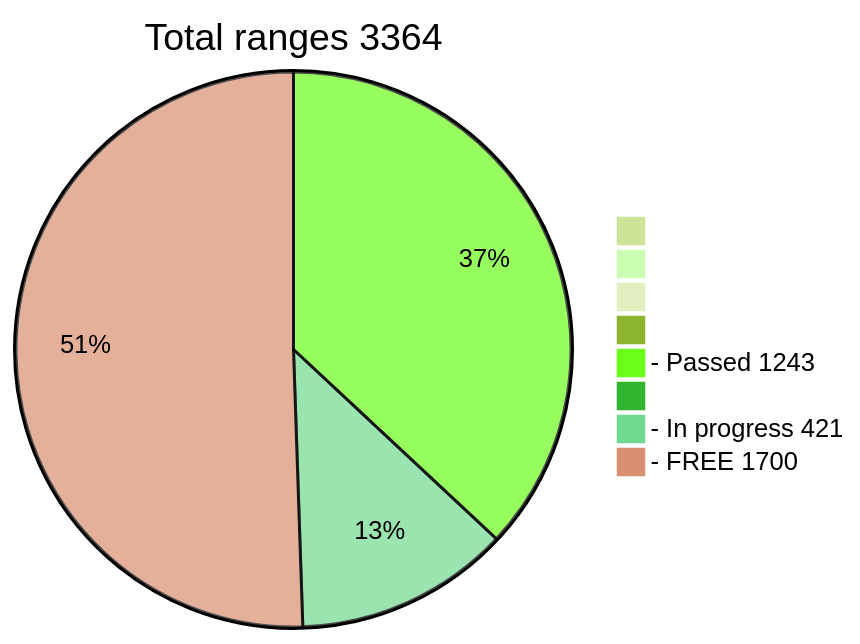
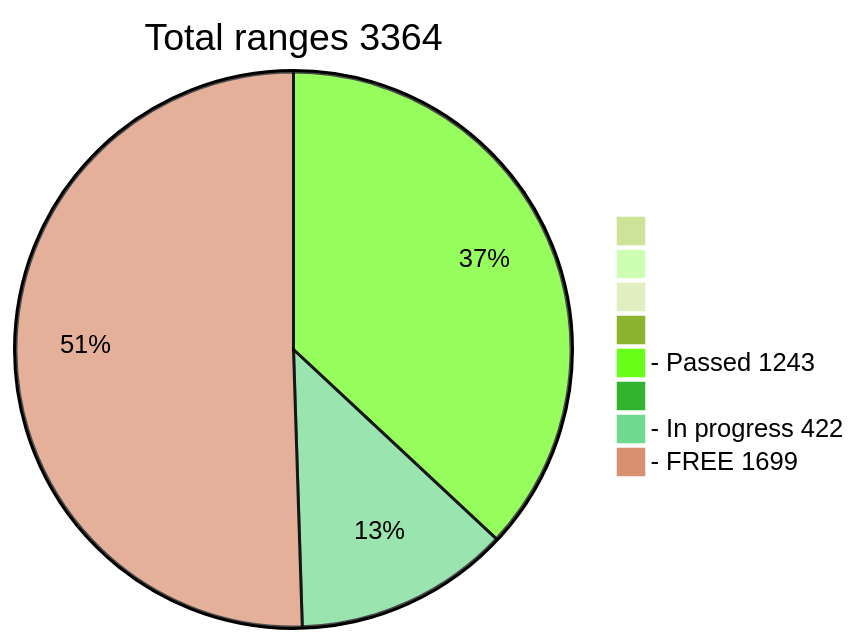
The diagram in README.md (phrutis/wif500), drawn with Mermaid (forest theme) before and after one commit.

````diff
--- a/README.md
+++ b/README.md
@@ -16,12 +16,12 @@
 ```mermaid
 pie title Total ranges 3364
              " " : 0
             "  " : 0
            "   " : 0
           "    " : 0
   "- Passed 1243" : 1243
          "     " : 0
-  "- In progress 421" : 421
-   "- FREE 1700" : 1700
+  "- In progress 422" : 422
+   "- FREE 1699" : 1699
    
 ```
````
